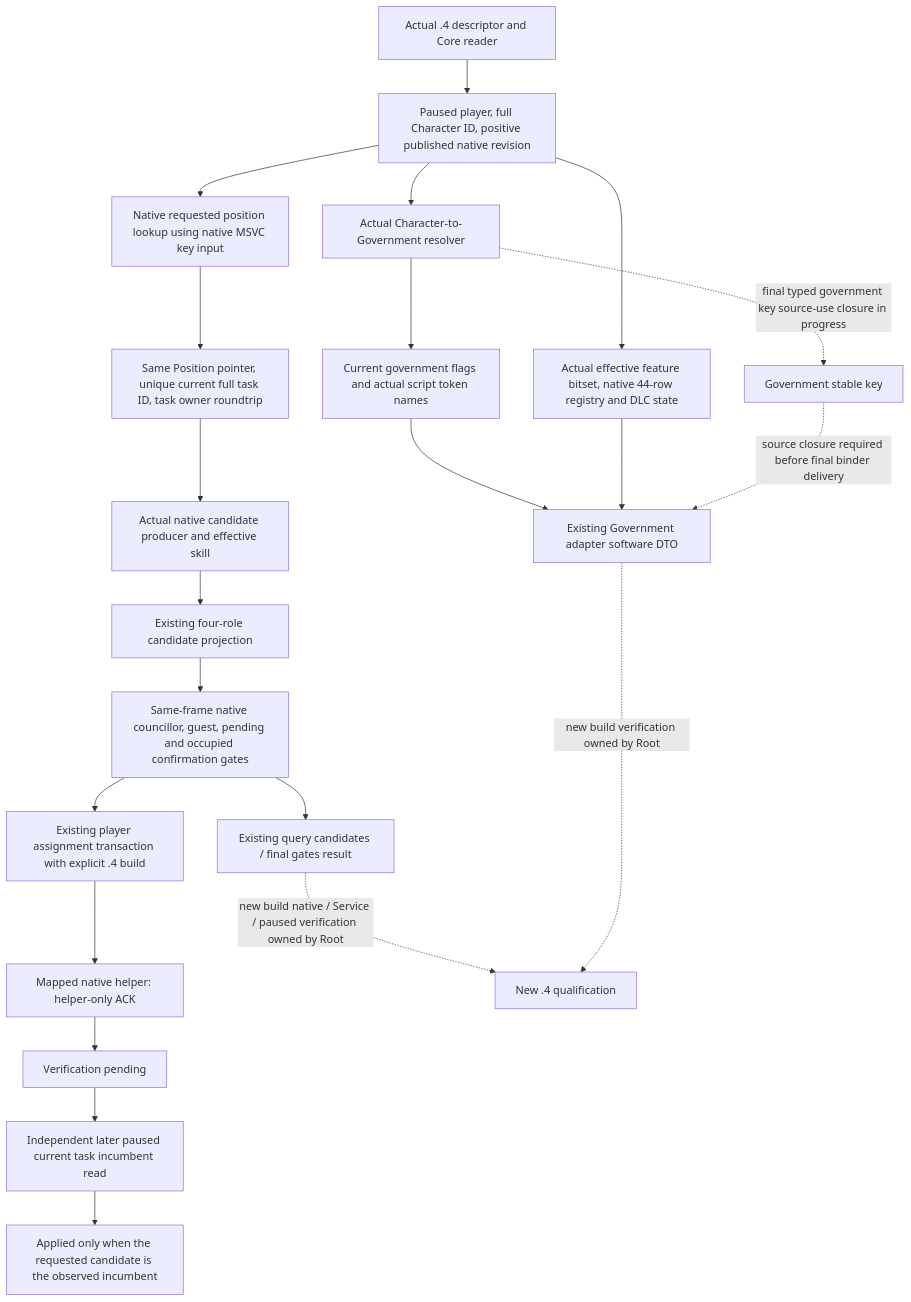
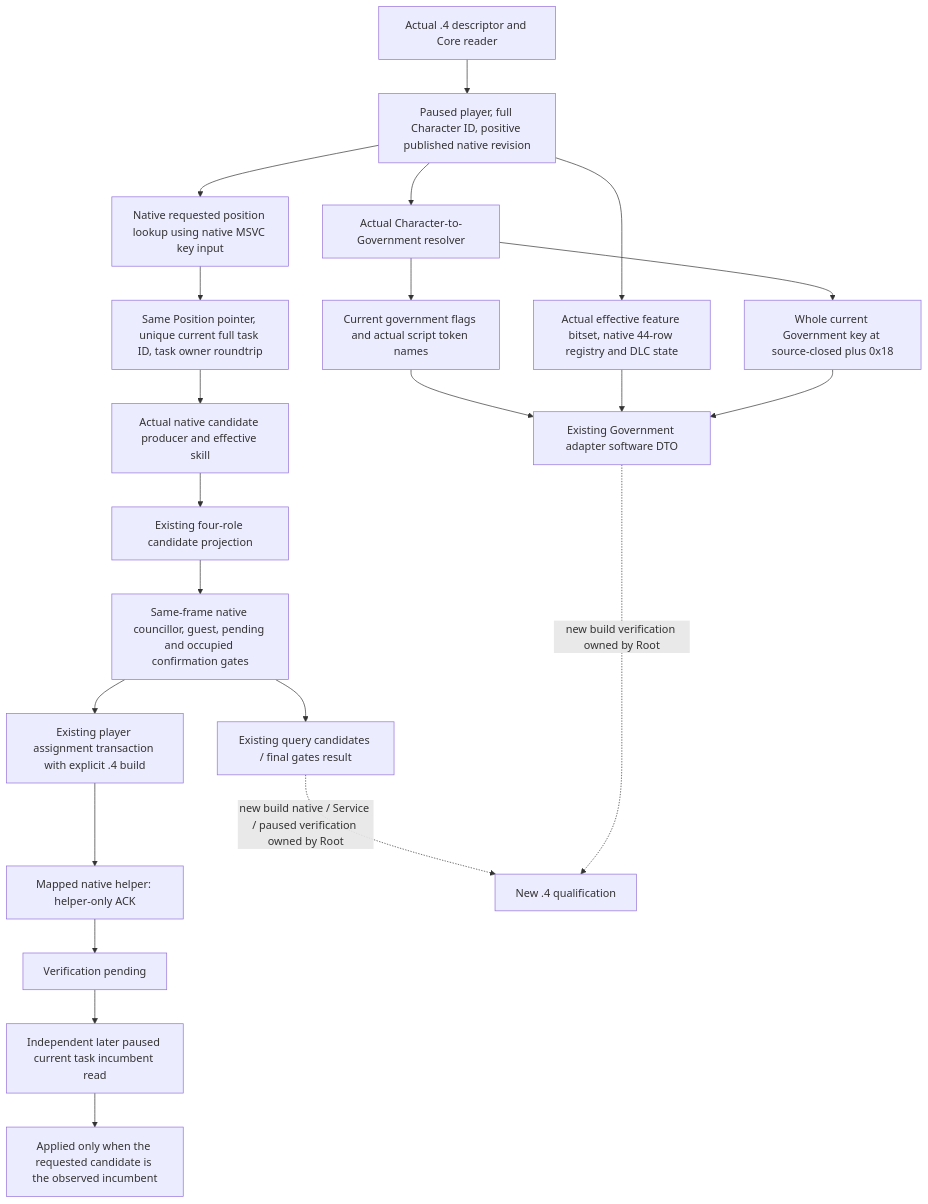
Before and after one commit to XenoAmess/ck3_eternal_recurrence: the diagram in docs/ck3-native-ai/council-government-12004-adopted-mcp-port.md, drawn with Mermaid. The commit also changed other lines of this file and 10 other files, not shown here.

````diff
--- a/docs/ck3-native-ai/council-government-12004-adopted-mcp-port.md
+++ b/docs/ck3-native-ai/council-government-12004-adopted-mcp-port.md
@@ -9,24 +9,24 @@
 ```mermaid
 flowchart TD
     A[Actual .4 descriptor and Core reader] --> B[Paused player, full Character ID, positive published native revision]
     B --> C[Native requested position lookup using native MSVC key input]
     C --> D[Same Position pointer, unique current full task ID, task owner roundtrip]
     D --> E[Actual native candidate producer and effective skill]
     E --> F[Existing four-role candidate projection]
     F --> G[Same-frame native councillor, guest, pending and occupied confirmation gates]
     G --> Q[Existing query candidates / final gates result]
     G --> R[Existing player assignment transaction with explicit .4 build]
     R --> H[Mapped native helper: helper-only ACK]
     H --> P[Verification pending]
     P --> L[Independent later paused current task incumbent read]
     L --> V[Applied only when the requested candidate is the observed incumbent]
     B --> I[Actual Character-to-Government resolver]
     I --> J[Current government flags and actual script token names]
     B --> K[Actual effective feature bitset, native 44-row registry and DLC state]
-    I -. final typed government key source-use closure in progress .-> U[Government stable key]
+    I --> U[Whole current Government key at source-closed plus 0x18]
     J --> W[Existing Government adapter software DTO]
     K --> W
-    U -. source closure required before final binder delivery .-> W
+    U --> W
     Q -. new build native / Service / paused verification owned by Root .-> X[New .4 qualification]
     W -. new build verification owned by Root .-> X
 ```
````
